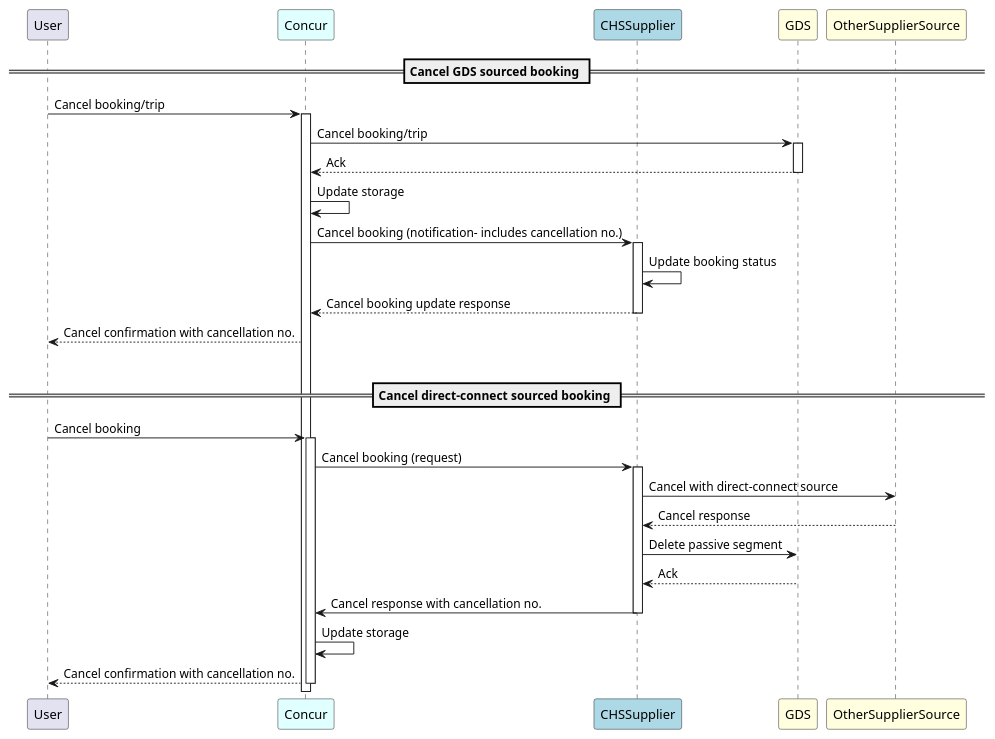
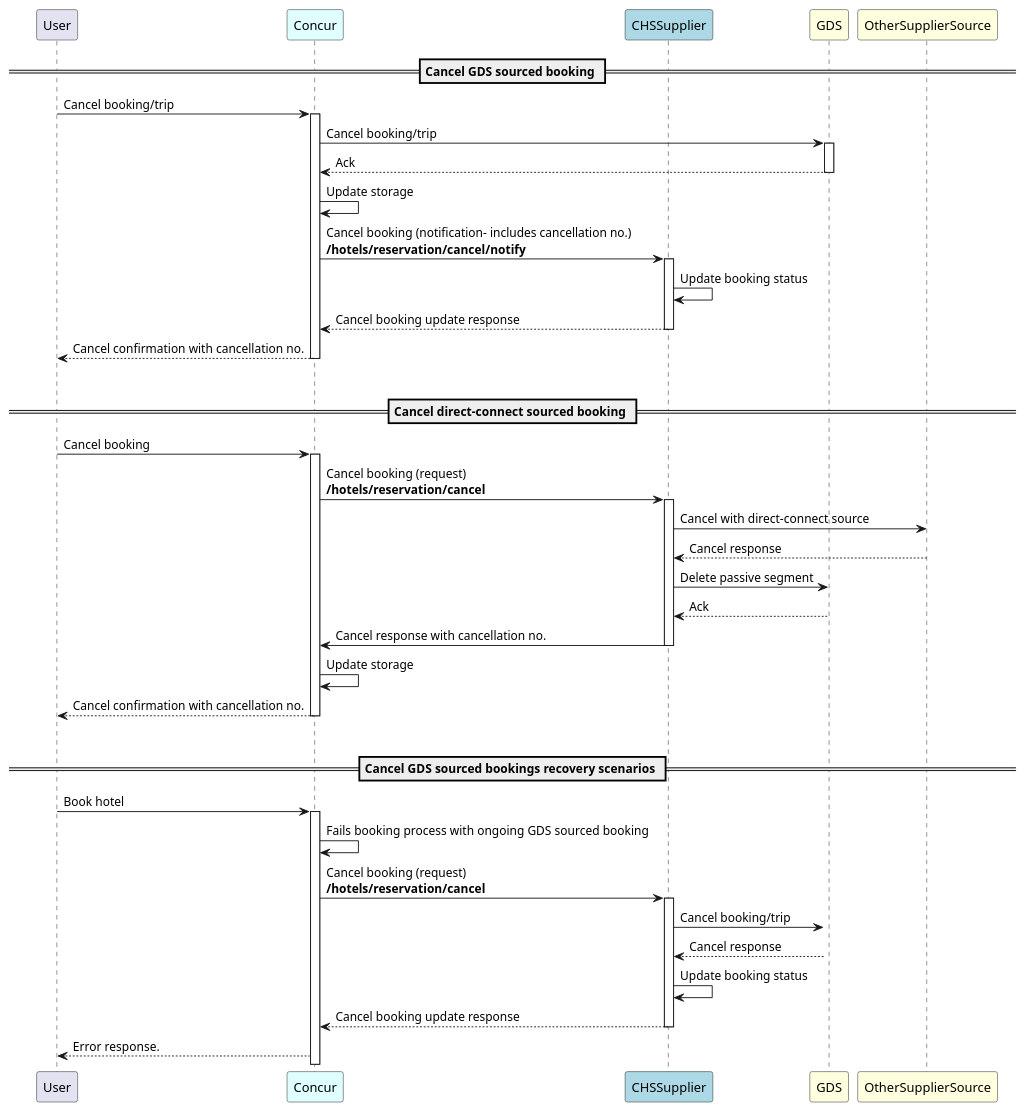
Before and after one commit to SAP-docs/preview.developer.concur.com: the diagram in src/api-reference/direct-connects/hotel-service-4/images/diagrams/singlepnr/hotel-cancel.puml, drawn with PlantUML. The commit also changed 5 other files, not shown here.

```diff
--- a/src/api-reference/direct-connects/hotel-service-4/images/diagrams/singlepnr/hotel-cancel.puml
+++ b/src/api-reference/direct-connects/hotel-service-4/images/diagrams/singlepnr/hotel-cancel.puml
@@ -1,33 +1,45 @@
 @startuml hotel-cancel
 
 participant "User" as user
 
 participant Concur as concur #Lightcyan
 participant "CHSSupplier" as supply #LightBlue
 participant "GDS" as gds #LightYellow
 participant "OtherSupplierSource" as other #LightYellow
 
 
 == Cancel GDS sourced booking ==
 user -> concur++: Cancel booking/trip
 concur -> gds++: Cancel booking/trip
 gds --> concur--: Ack
 concur -> concur: Update storage
-concur -> supply++: Cancel booking (notification- includes cancellation no.)
+concur -> supply++: Cancel booking (notification- includes cancellation no.)\n<b>/hotels/reservation/cancel/notify</b>
 supply -> supply: Update booking status
 supply --> concur--: Cancel booking update response
 concur --> user: Cancel confirmation with cancellation no.
+concur--
 break
 
 == Cancel direct-connect sourced booking ==
 user -> concur++: Cancel booking
-concur -> supply++: Cancel booking (request)
+concur -> supply++: Cancel booking (request)\n<b>/hotels/reservation/cancel</b>
 supply -> other: Cancel with direct-connect source
 other --> supply--: Cancel response
 supply -> gds: Delete passive segment
 gds --> supply--: Ack
 supply -> concur--: Cancel response with cancellation no.
 concur -> concur: Update storage
 concur --> user--: Cancel confirmation with cancellation no.
+break
+
+== Cancel GDS sourced bookings recovery scenarios ==
+user -> concur++: Book hotel
+concur -> concur: Fails booking process with ongoing GDS sourced booking
+concur -> supply++: Cancel booking (request)\n<b>/hotels/reservation/cancel</b>
+supply -> gds++: Cancel booking/trip
+gds --> supply: Cancel response
+supply -> supply: Update booking status
+supply --> concur--: Cancel booking update response
+concur --> user: Error response.
 
 @enduml
```
